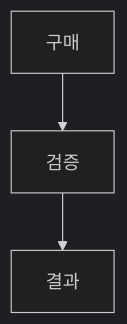
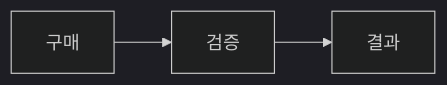
The diagram in README.md (jinseong205/git-test), drawn with Mermaid (dark theme) before and after one commit.

````diff
--- a/README.md
+++ b/README.md
@@ -5,6 +5,6 @@
 ```mermaid
-  graph TD;
+  graph LR;
       A[구매]-->B;
       B[검증]-->C;
       C[결과];
 ```
````
